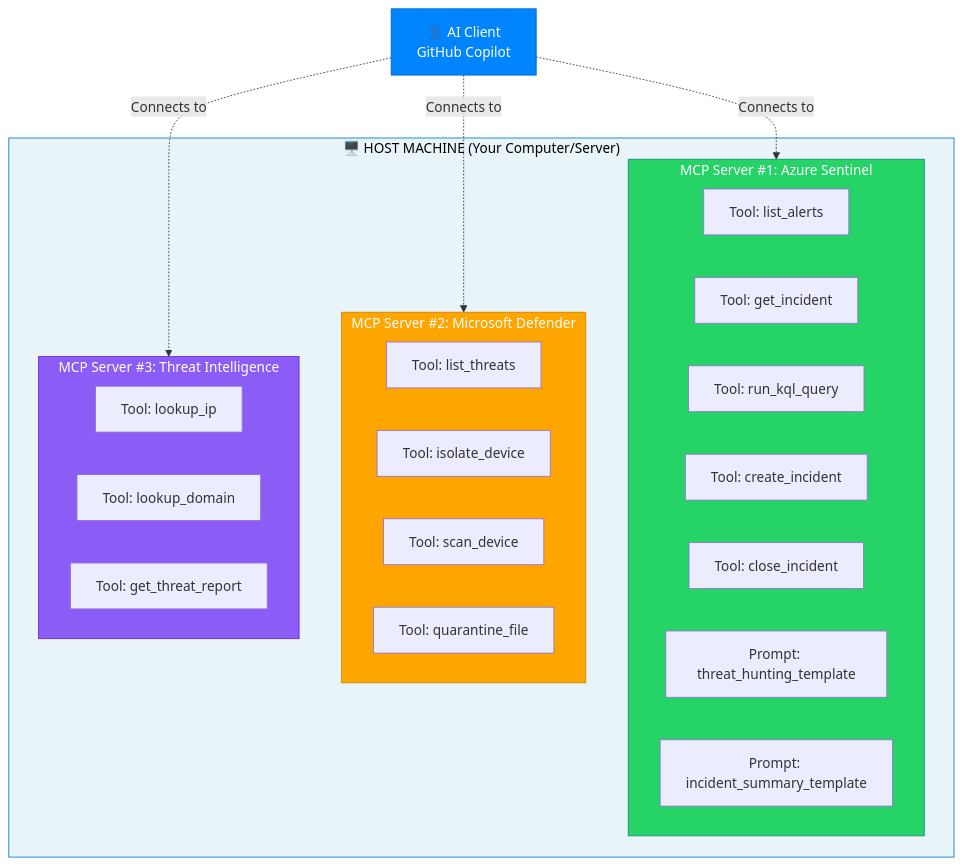
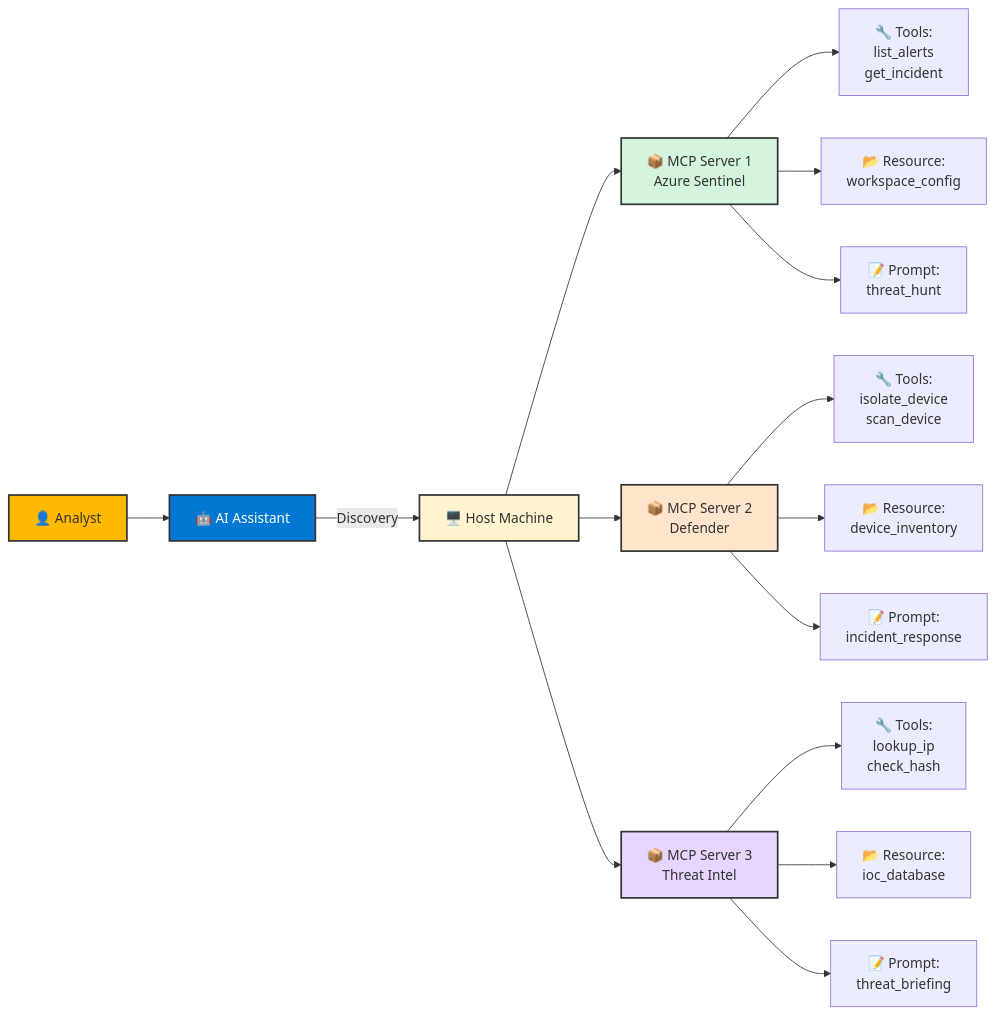
Before and after one commit to RakeshPrasad21/Rakesh-Prasad: the first of 7 diagrams in MCP/RakeshDoc.md, drawn with Mermaid. The commit also changed other lines of this file, not shown here.

````diff
--- a/MCP/RakeshDoc.md
+++ b/MCP/RakeshDoc.md
@@ -151,39 +159,29 @@
 ```mermaid
-graph TB
-    subgraph HOST["🖥️ HOST MACHINE (Your Computer/Server)"]
-        subgraph SERVER1["MCP Server #1: Azure Sentinel"]
-            T1[Tool: list_alerts]
-            T2[Tool: get_incident]
-            T3[Tool: run_kql_query]
-            T4[Tool: create_incident]
-            T5[Tool: close_incident]
-            P1[Prompt: threat_hunting_template]
-            P2[Prompt: incident_summary_template]
-        end
-        
-        subgraph SERVER2["MCP Server #2: Microsoft Defender"]
-            T6[Tool: list_threats]
-            T7[Tool: isolate_device]
-            T8[Tool: scan_device]
-            T9[Tool: quarantine_file]
-        end
-        
-        subgraph SERVER3["MCP Server #3: Threat Intelligence"]
-            T10[Tool: lookup_ip]
-            T11[Tool: lookup_domain]
-            T12[Tool: get_threat_report]
-        end
-    end
+graph LR
+    User[👤 Analyst] --> AI[🤖 AI Assistant]
     
-    CLIENT[👤 AI Client<br/>GitHub Copilot]
+    AI -->|Discovery| Host[🖥️ Host Machine]
     
-    CLIENT -.->|Connects to| SERVER1
-    CLIENT -.->|Connects to| SERVER2
-    CLIENT -.->|Connects to| SERVER3
+    Host --> S1[📦 MCP Server 1<br/>Azure Sentinel]
+    Host --> S2[📦 MCP Server 2<br/>Defender]
+    Host --> S3[📦 MCP Server 3<br/>Threat Intel]
     
-    style HOST fill:#E8F4F8,stroke:#0078D4,color:#000
-    style SERVER1 fill:#25D366,stroke:#128C7E,color:#fff
-    style SERVER2 fill:#FFA500,stroke:#CC8400,color:#fff
-    style SERVER3 fill:#8B5CF6,stroke:#6D28D9,color:#fff
-    style CLIENT fill:#0084FF,stroke:#0066CC,color:#fff
+    S1 --> T1[🔧 Tools:<br/>list_alerts<br/>get_incident]
+    S1 --> R1[📂 Resource:<br/>workspace_config]
+    S1 --> P1[📝 Prompt:<br/>threat_hunt]
+    
+    S2 --> T2[🔧 Tools:<br/>isolate_device<br/>scan_device]
+    S2 --> R2[📂 Resource:<br/>device_inventory]
+    S2 --> P2[📝 Prompt:<br/>incident_response]
+    
+    S3 --> T3[🔧 Tools:<br/>lookup_ip<br/>check_hash]
+    S3 --> R3[📂 Resource:<br/>ioc_database]
+    S3 --> P3[📝 Prompt:<br/>threat_briefing]
+    
+    style User fill:#FFB900,stroke:#333,stroke-width:2px
+    style AI fill:#0078D4,stroke:#333,stroke-width:2px,color:#fff
+    style Host fill:#FFF4CE,stroke:#333,stroke-width:2px
+    style S1 fill:#D4F4DD,stroke:#333,stroke-width:2px
+    style S2 fill:#FFE5CC,stroke:#333,stroke-width:2px
+    style S3 fill:#E5D5FF,stroke:#333,stroke-width:2px
 ```
````
